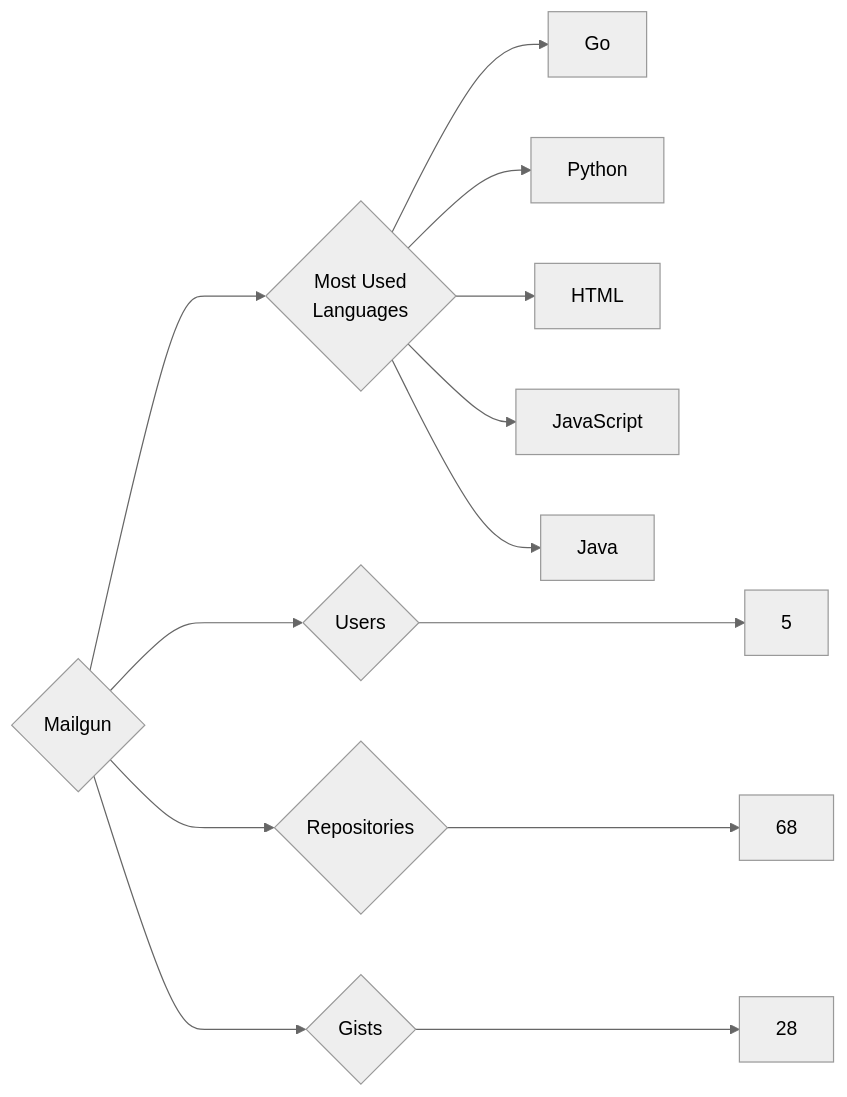
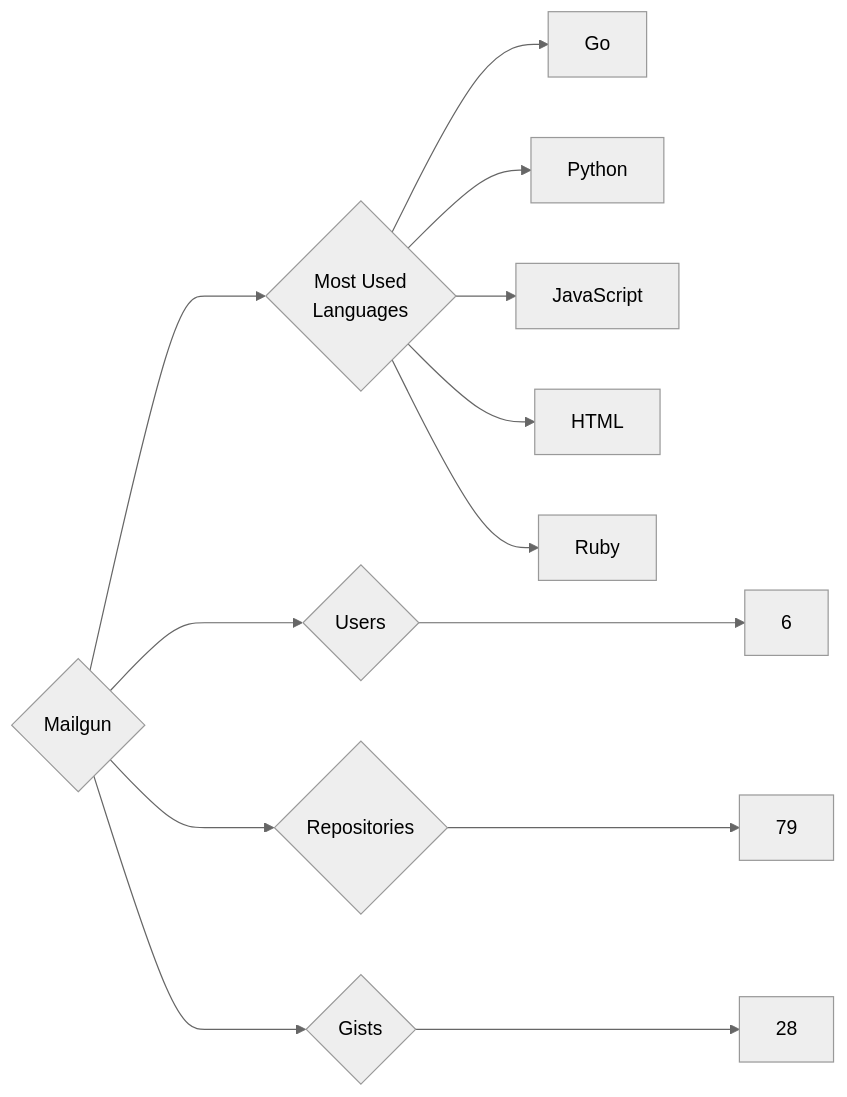
Before and after one commit to trickest/insiders: the diagram in targets/Mailgun/README.md, drawn with Mermaid (neutral theme). The commit also changed 748 other files, not shown here.

````diff
--- a/targets/Mailgun/README.md
+++ b/targets/Mailgun/README.md
@@ -3,13 +3,13 @@
 ```mermaid
 graph LR
 COMPANY_NAME{Mailgun}
-COMPANY_NAME ---> U{Users} ---> UN[5]
-COMPANY_NAME ---> R{Repositories} ---> RN[68]
+COMPANY_NAME ---> U{Users} ---> UN[6]
+COMPANY_NAME ---> R{Repositories} ---> RN[79]
 COMPANY_NAME ---> G{Gists} ---> GN[28]
 COMPANY_NAME ---> ML{Most Used<br>Languages}
 ML --> Go[Go]
 ML --> Python[Python]
+ML --> JavaScript[JavaScript]
 ML --> HTML[HTML]
-ML --> JavaScript[JavaScript]
-ML --> Java[Java]
+ML --> Ruby[Ruby]
 ```
````
